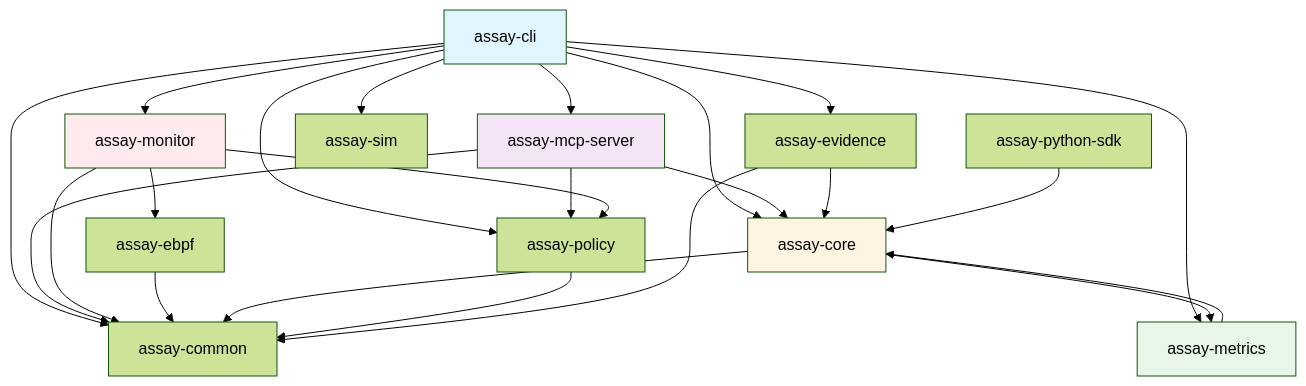
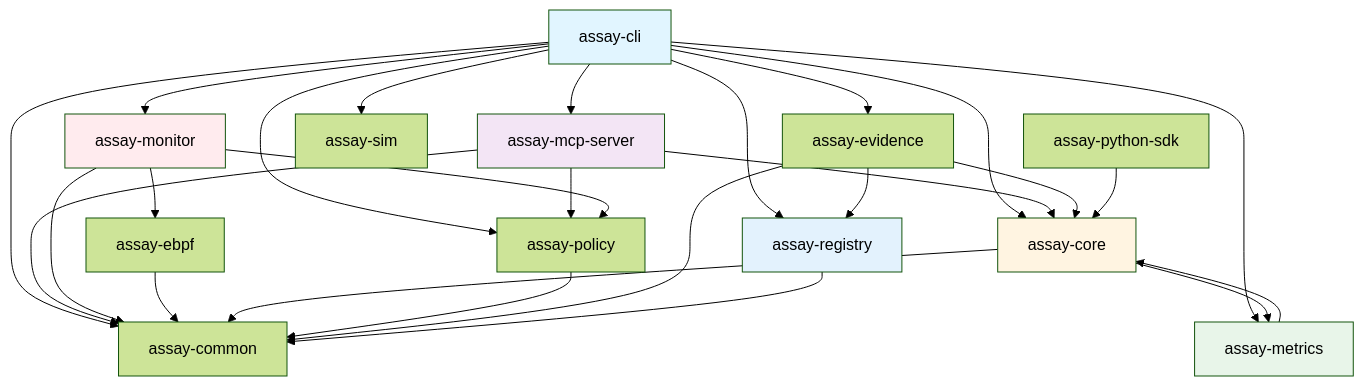
One commit to Rul1an/assay changed the first of 4 diagrams in docs/AIcontext/interdependencies.md. Above: the diagram before and after it, drawn with Mermaid (forest theme). The commit also changed other lines of this file and 6 other files, not shown here.

````diff
--- a/docs/AIcontext/interdependencies.md
+++ b/docs/AIcontext/interdependencies.md
@@ -7,39 +7,44 @@
 ```mermaid
 graph TD
     cli[assay-cli] --> core[assay-core]
     cli --> metrics[assay-metrics]
     cli --> monitor[assay-monitor]
     cli --> policy[assay-policy]
     cli --> evidence[assay-evidence]
     cli --> mcpServer[assay-mcp-server]
     cli --> common[assay-common]
     cli --> sim[assay-sim]
+    cli --> registry[assay-registry]
 
     mcpServer --> core
     mcpServer --> policy
     mcpServer --> common
 
     monitor --> policy
     monitor --> common
     monitor --> ebpf[assay-ebpf]
 
     ebpf --> common
 
     core --> common
     core --> metrics
 
     metrics --> core
 
     policy --> common
 
     evidence --> core
     evidence --> common
+    evidence --> registry
+
+    registry --> common
 
     pySdk[assay-python-sdk] --> core
 
     style cli fill:#e1f5ff
     style core fill:#fff4e1
     style metrics fill:#e8f5e9
     style mcpServer fill:#f3e5f5
     style monitor fill:#ffebee
+    style registry fill:#e3f2fd
 ```
````
